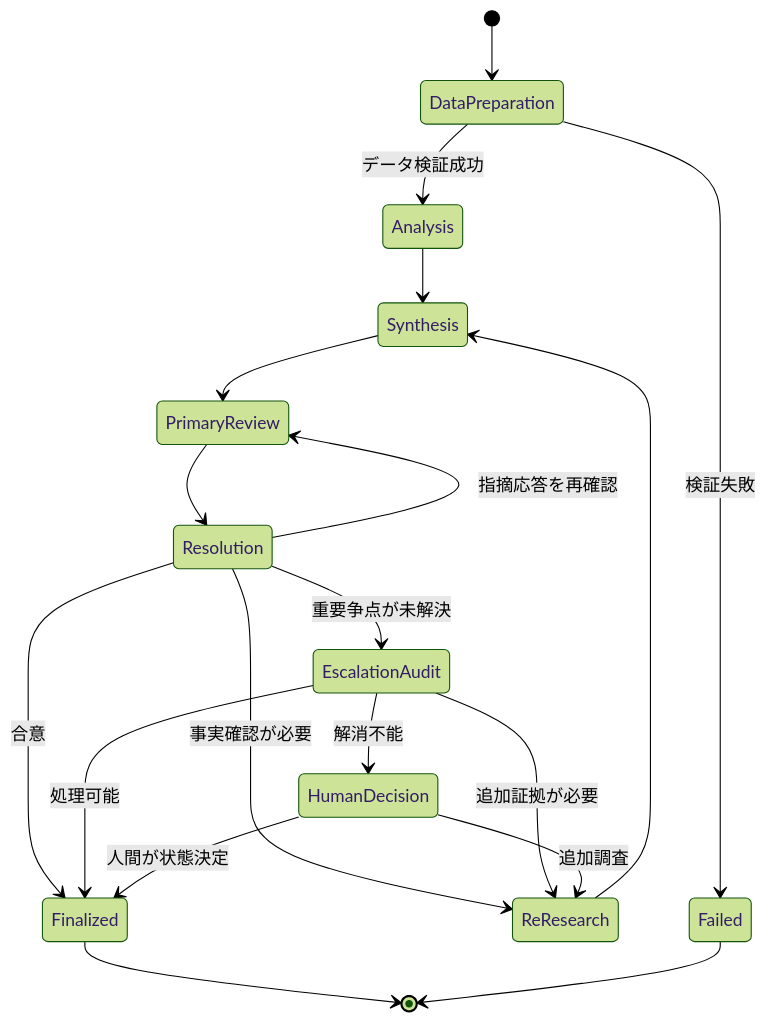
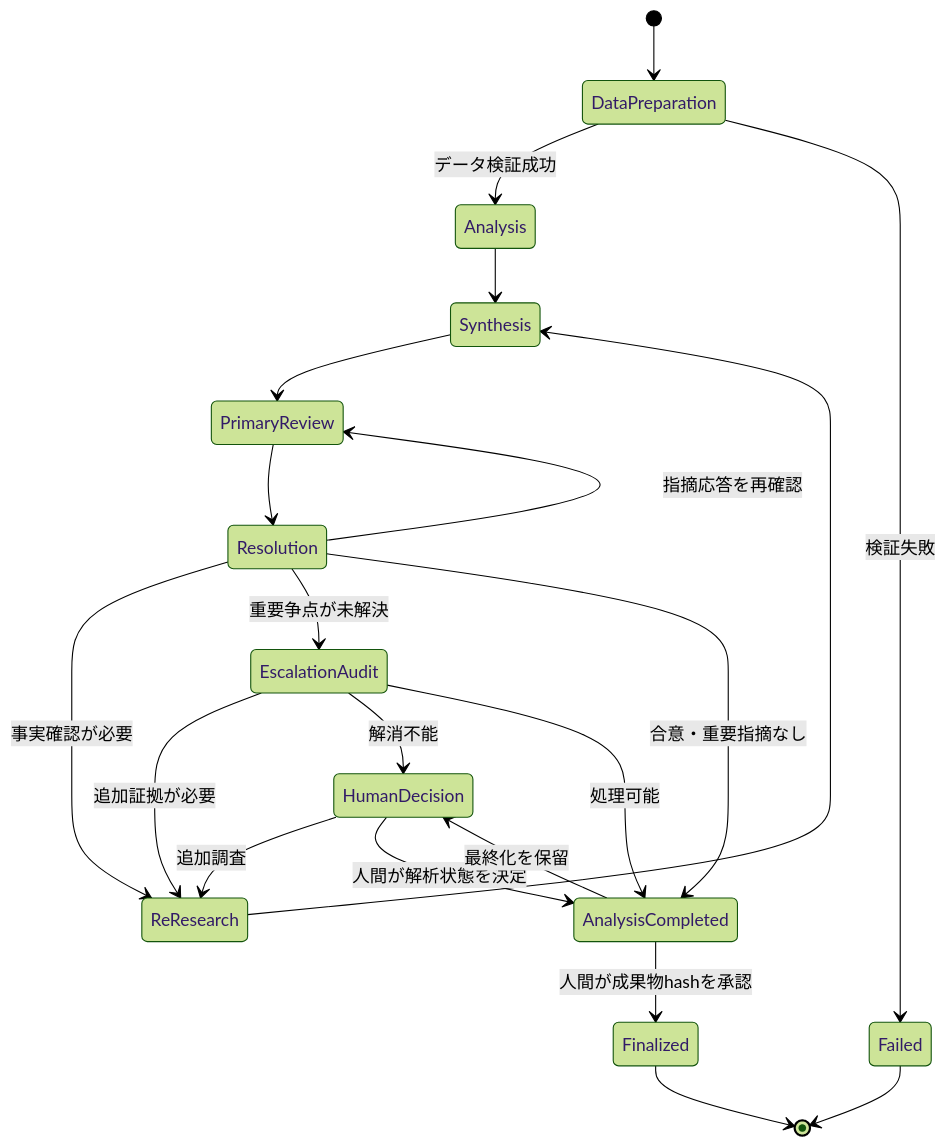
Before and after one commit to toike08D17012/system-trade-with-llm-orchestrator: the fifth of 7 diagrams in docs/design/03-stock-research-system-architecture.md, drawn with Mermaid (forest theme). The commit also changed other lines of this file and 14 other files, not shown here.

````diff
--- a/docs/design/03-stock-research-system-architecture.md
+++ b/docs/design/03-stock-research-system-architecture.md
@@ -857,21 +917,23 @@
 ```mermaid
 stateDiagram-v2
     [*] --> DataPreparation
     DataPreparation --> Analysis: データ検証成功
     DataPreparation --> Failed: 検証失敗
     Analysis --> Synthesis
     Synthesis --> PrimaryReview
     PrimaryReview --> Resolution
     Resolution --> PrimaryReview: 指摘応答を再確認
     Resolution --> ReResearch: 事実確認が必要
     ReResearch --> Synthesis
     Resolution --> EscalationAudit: 重要争点が未解決
-    Resolution --> Finalized: 合意
+    Resolution --> AnalysisCompleted: 合意・重要指摘なし
     EscalationAudit --> ReResearch: 追加証拠が必要
     EscalationAudit --> HumanDecision: 解消不能
-    EscalationAudit --> Finalized: 処理可能
+    EscalationAudit --> AnalysisCompleted: 処理可能
     HumanDecision --> ReResearch: 追加調査
-    HumanDecision --> Finalized: 人間が状態決定
+    HumanDecision --> AnalysisCompleted: 人間が解析状態を決定
+    AnalysisCompleted --> Finalized: 人間が成果物hashを承認
+    AnalysisCompleted --> HumanDecision: 最終化を保留
     Finalized --> [*]
     Failed --> [*]
 ```
````
